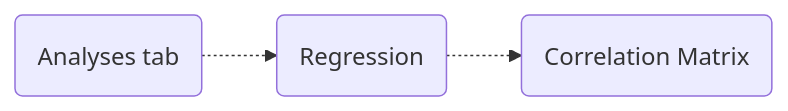
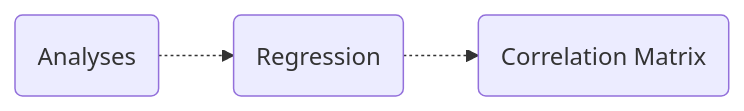
Before and after one commit to bougioukas/MedStatsJamovi: the second of 2 diagrams in lab9.qmd, drawn with Mermaid. The commit also changed other lines of this file and 84 other files, not shown here.

````diff
--- a/lab9.qmd
+++ b/lab9.qmd
@@ -91,4 +88,4 @@
 ```{mermaid}
 flowchart LR
-  A(Analyses tab) -.-> B(Regression) -.-> C(Correlation Matrix)
+  A(Analyses) -.-> B(Regression) -.-> C(Correlation Matrix)
 ```
````
